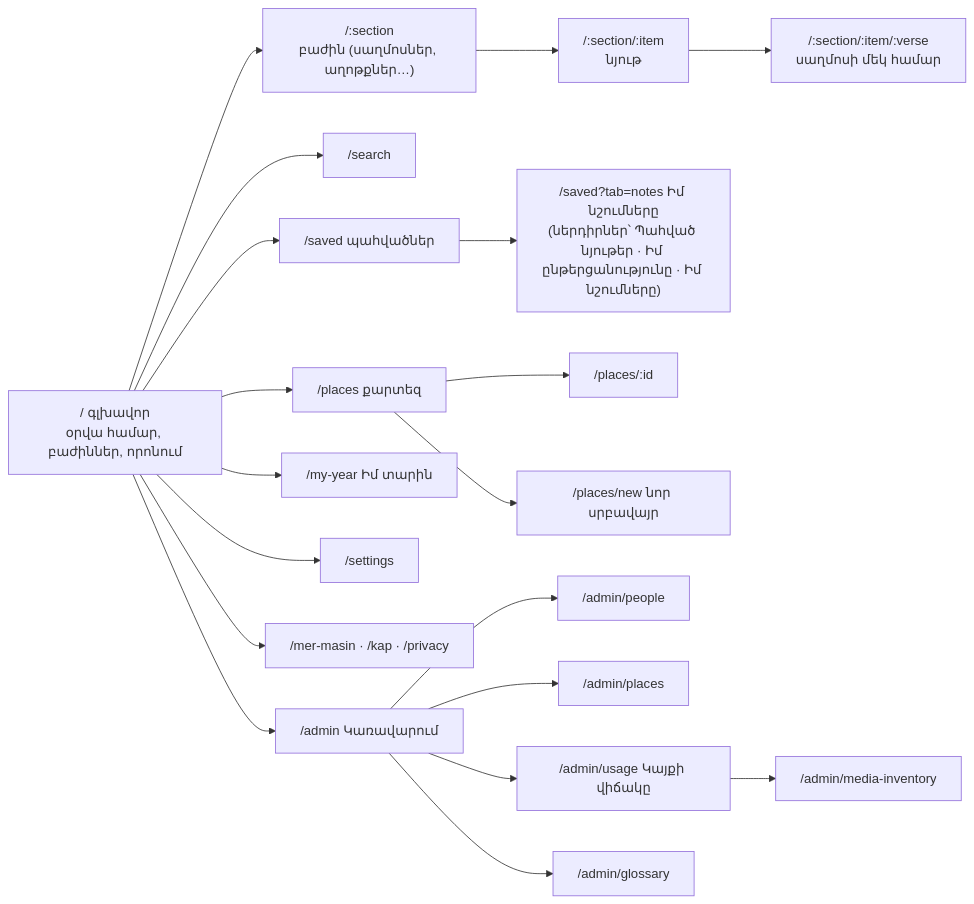
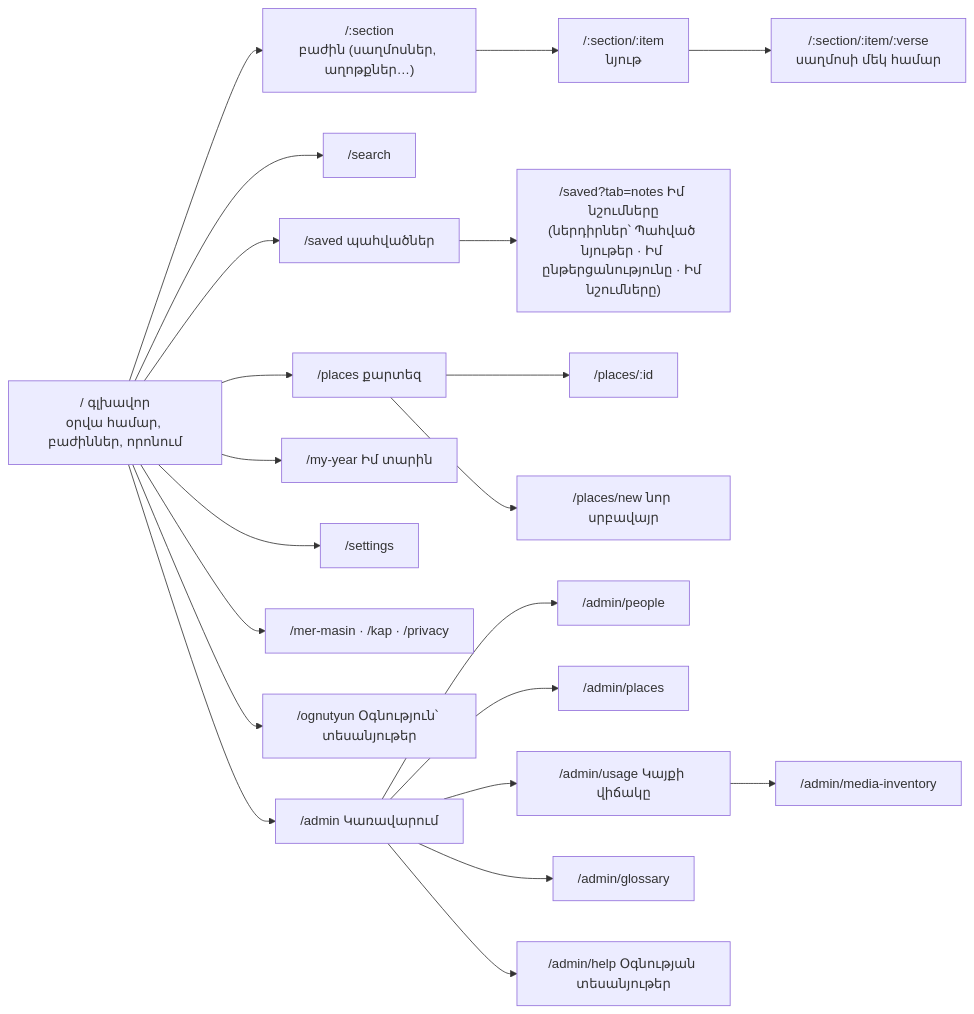
One commit to T0n0yan/armenian-apostolic-digital-library changed the fifth of 24 diagrams in docs/ARCHITECTURE.md. Above: the diagram before and after it, drawn with Mermaid. The commit also changed other lines of this file and 21 other files, not shown here.

````diff
--- a/docs/ARCHITECTURE.md
+++ b/docs/ARCHITECTURE.md
@@ -201,22 +201,24 @@
 ```mermaid
 flowchart LR
   HOME["/ գլխավոր<br/>օրվա համար, բաժիններ, որոնում"]
   HOME --> SEC["/:section<br/>բաժին (սաղմոսներ, աղոթքներ…)"]
   SEC --> MAT["/:section/:item<br/>նյութ"]
   MAT --> VERSE["/:section/:item/:verse<br/>սաղմոսի մեկ համար"]
   HOME --> SEARCH["/search"]
   HOME --> SAVED["/saved պահվածներ"]
   SAVED --> NOTES["/saved?tab=notes Իմ նշումները<br/>(ներդիրներ՝ Պահված նյութեր · Իմ ընթերցանությունը · Իմ նշումները)"]
   HOME --> PLACES["/places քարտեզ"]
   PLACES --> PLACE["/places/:id"]
   PLACES --> PNEW["/places/new նոր սրբավայր"]
   HOME --> MY["/my-year Իմ տարին"]
   HOME --> SET["/settings"]
   HOME --> INFO["/mer-masin · /kap · /privacy"]
+  HOME --> HELP["/ognutyun Օգնություն՝ տեսանյութեր"]
   HOME --> ADM["/admin Կառավարում"]
   ADM --> A1["/admin/people"]
   ADM --> A2["/admin/places"]
   ADM --> A3["/admin/usage Կայքի վիճակը"]
   ADM --> A4["/admin/glossary"]
+  ADM --> A6["/admin/help Օգնության տեսանյութեր"]
   A3 --> A5["/admin/media-inventory"]
 ```
````
